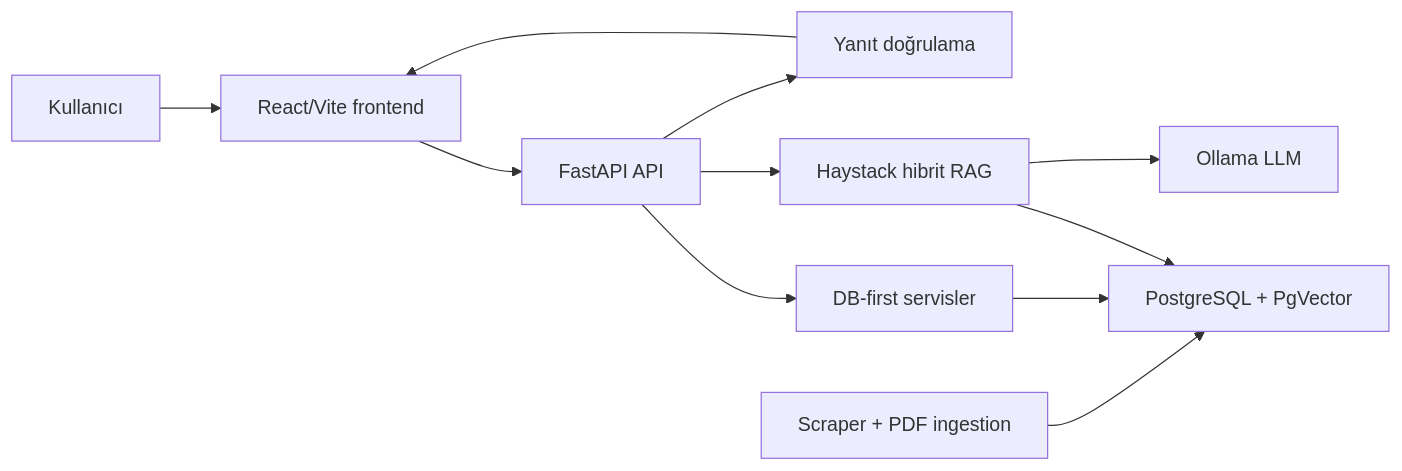
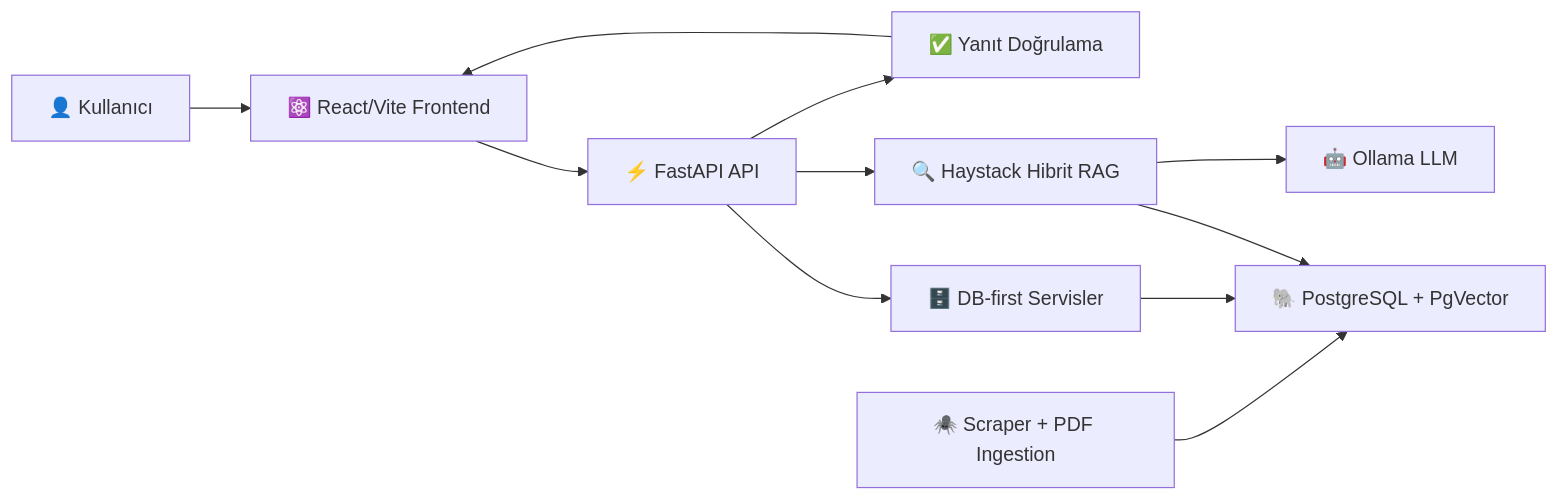
The diagram in README.md (guneydogukan/UniChat_project), drawn with Mermaid before and after one commit. The commit also changed other lines of this file and 3 other files, not shown here.

````diff
--- a/README.md
+++ b/README.md
@@ -38,13 +85,13 @@
 ```mermaid
 flowchart LR
-    U["Kullanıcı"] --> F["React/Vite frontend"]
-    F --> A["FastAPI API"]
-    A --> D["DB-first servisler"]
-    D --> P["PostgreSQL + PgVector"]
-    A --> R["Haystack hibrit RAG"]
+    U["👤 Kullanıcı"] --> F["⚛️ React/Vite Frontend"]
+    F --> A["⚡ FastAPI API"]
+    A --> D["🗄️ DB-first Servisler"]
+    D --> P["🐘 PostgreSQL + PgVector"]
+    A --> R["🔍 Haystack Hibrit RAG"]
     R --> P
-    R --> O["Ollama LLM"]
-    A --> V["Yanıt doğrulama"]
+    R --> O["🤖 Ollama LLM"]
+    A --> V["✅ Yanıt Doğrulama"]
     V --> F
-    S["Scraper + PDF ingestion"] --> P
+    S["🕷️ Scraper + PDF Ingestion"] --> P
 ```
````
